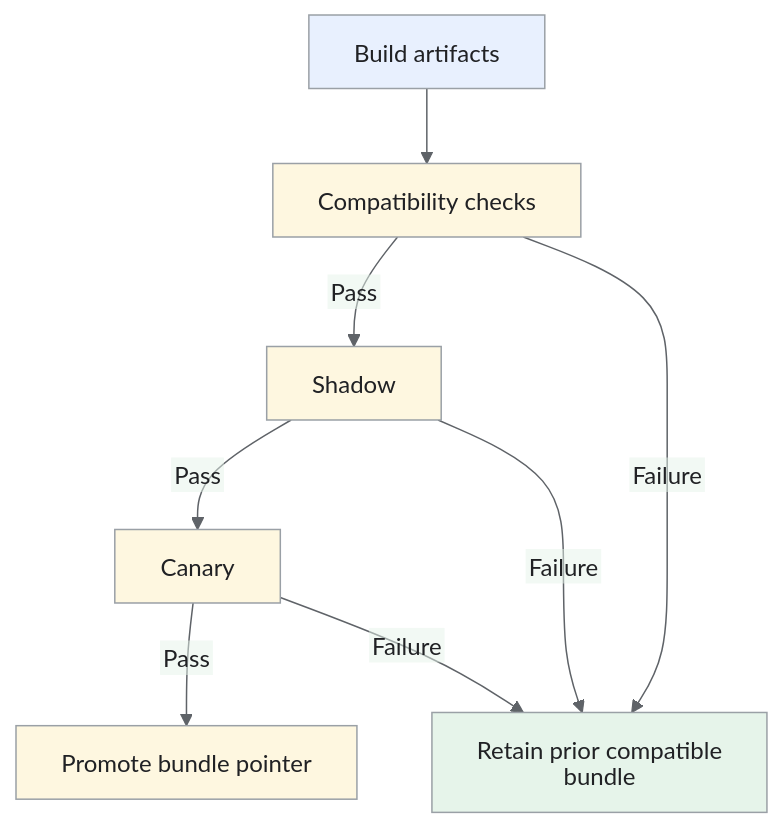
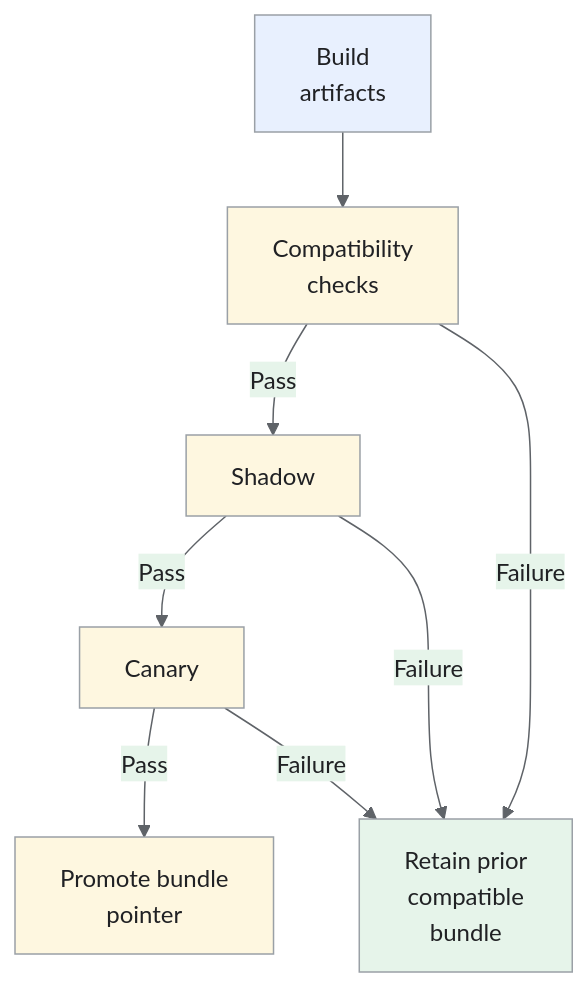
The seventh of 7 diagrams in _designs/news-feed-ranking.md (iliazlobin/iliazlobin.github.io), drawn with Mermaid before and after one commit. The commit also changed other lines of this file and 116 other files, not shown here.

````diff
--- a/_designs/news-feed-ranking.md
+++ b/_designs/news-feed-ranking.md
@@ -398,18 +412,18 @@
 ```mermaid
-%%{init: {'theme':'base','htmlLabels':false,'flowchart':{'htmlLabels':false},'themeVariables':{'fontFamily':'Arial, sans-serif','primaryColor':'#e8f0fe','primaryTextColor':'#202124','primaryBorderColor':'#9aa0a6','lineColor':'#5f6368','secondaryColor':'#e6f4ea','tertiaryColor':'#fef7e0','actorBkg':'#e8f0fe','actorBorder':'#9aa0a6','actorTextColor':'#202124','noteBkgColor':'#fef7e0','noteTextColor':'#202124','noteBorderColor':'#9aa0a6','signalColor':'#5f6368','signalTextColor':'#202124','labelBoxBkgColor':'#fef7e0','labelBoxBorderColor':'#9aa0a6'}}}%%
+%%{init: {'theme':'base','themeVariables':{'primaryColor':'#e8f0fe','primaryTextColor':'#202124','primaryBorderColor':'#9aa0a6','lineColor':'#5f6368','secondaryColor':'#e6f4ea','tertiaryColor':'#fef7e0','actorBkg':'#e8f0fe','actorBorder':'#9aa0a6','actorTextColor':'#202124','noteBkgColor':'#fef7e0','noteTextColor':'#202124','noteBorderColor':'#9aa0a6','signalColor':'#5f6368','signalTextColor':'#202124','labelBoxBkgColor':'#fef7e0','labelBoxBorderColor':'#9aa0a6'}}}%%
 flowchart TB
-    A["Build artifacts"] --> B["Compatibility checks"]
+    A["Build<br>artifacts"] --> B["Compatibility<br>checks"]
     B -->|"Pass"| C["Shadow"]
     C -->|"Pass"| D["Canary"]
-    D -->|"Pass"| E["Promote bundle pointer"]
-    B -->|"Failure"| F["Retain prior compatible bundle"]
+    D -->|"Pass"| E["Promote bundle<br>pointer"]
+    B -->|"Failure"| F["Retain prior<br>compatible<br>bundle"]
     C -->|"Failure"| F
     D -->|"Failure"| F
     class A request;
     class B,C,D,E control;
     class F data;
 classDef request fill:#e8f0fe,stroke:#9aa0a6,color:#202124;
 classDef data fill:#e6f4ea,stroke:#9aa0a6,color:#202124;
 classDef control fill:#fef7e0,stroke:#9aa0a6,color:#202124;
 classDef danger fill:#fce8e6,stroke:#9aa0a6,color:#202124;
 ```
````
